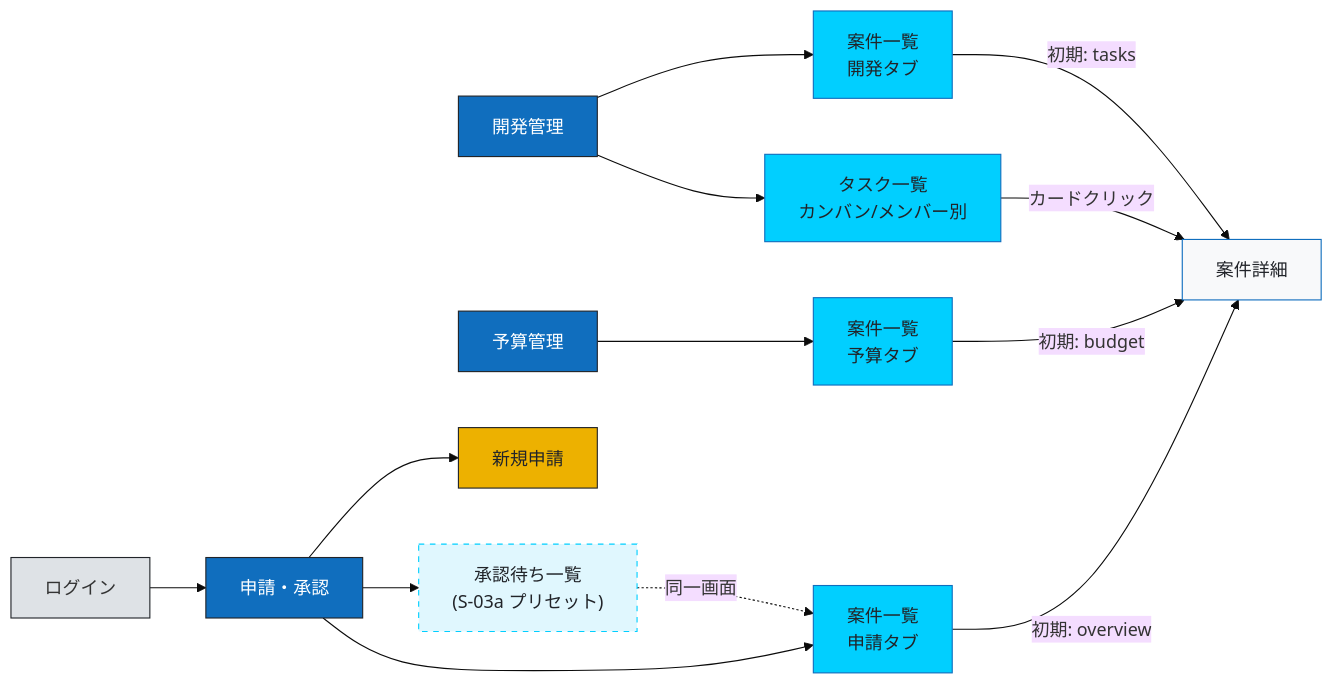
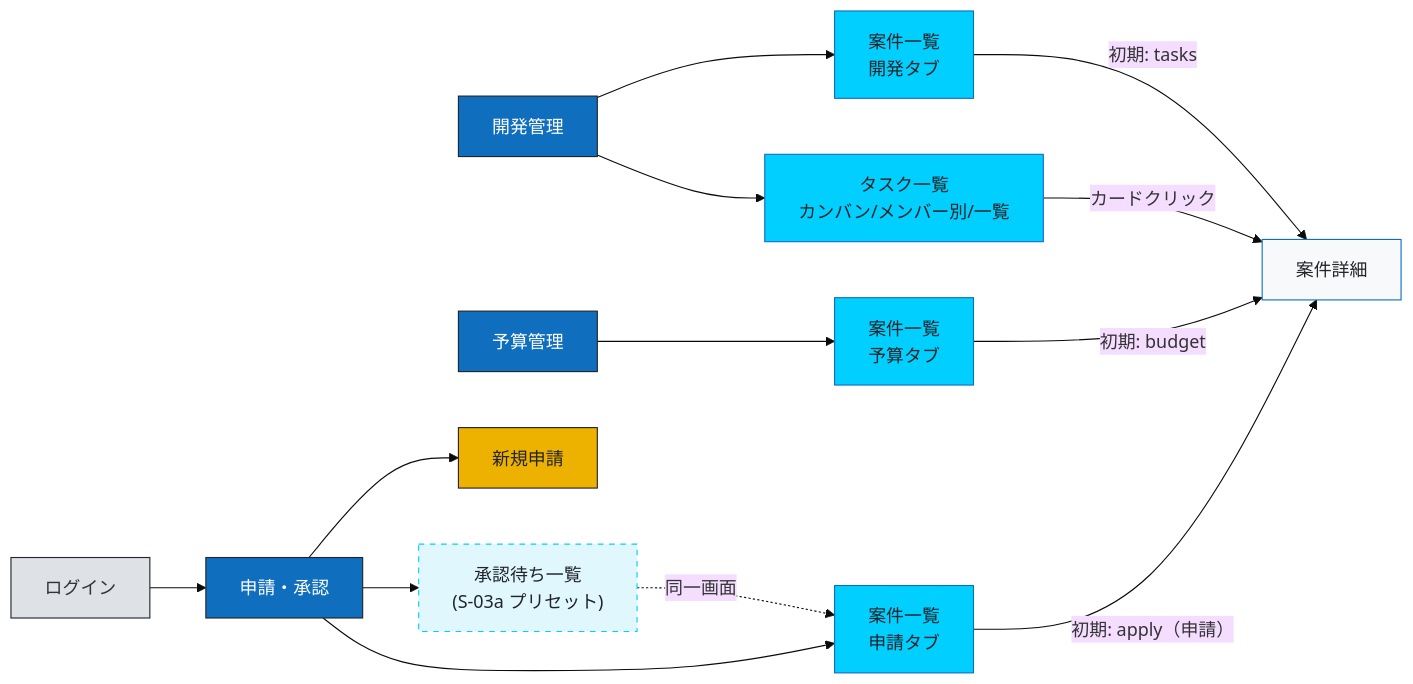
The first of 3 diagrams in doc/Design/screen_flow.md (toutetu/ProjNexus), drawn with Mermaid (base theme) before and after one commit. The commit also changed other lines of this file and 19 other files, not shown here.

````diff
--- a/doc/Design/screen_flow.md
+++ b/doc/Design/screen_flow.md
@@ -141,34 +146,34 @@
 ```mermaid
 flowchart LR
   S01[ログイン]:::auth
   NAV1[申請・承認]:::sec
   NAV2[開発管理]:::sec
   NAV3[予算管理]:::sec
   S03A[案件一覧<br/>申請タブ]:::hub
   S03B[案件一覧<br/>開発タブ]:::hub
   S03C[案件一覧<br/>予算タブ]:::hub
-  S14[タスク一覧<br/>カンバン/メンバー別]:::hub
+  S14[タスク一覧<br/>カンバン/メンバー別/一覧]:::hub
   S07["承認待ち一覧<br/>(S-03a プリセット)"]:::preset
   S05[新規申請]:::form
   S04[案件詳細]:::detail
 
   S01 --> NAV1
   NAV1 --> S05
   NAV1 --> S07
   NAV1 --> S03A
   NAV2 --> S03B
   NAV2 --> S14
   NAV3 --> S03C
   S07 -.同一画面.-> S03A
-  S03A -->|"初期: overview"| S04
+  S03A -->|"初期: apply（申請）"| S04
   S03B -->|"初期: tasks"| S04
   S03C -->|"初期: budget"| S04
   S14 -->|"カードクリック"| S04
 
   classDef auth fill:#DEE2E6,stroke:#212429
   classDef sec fill:#106EBE,stroke:#212429,color:#FFFFFF
   classDef hub fill:#01CFFF,stroke:#106EBE,color:#212429
   classDef preset fill:#E0F7FE,stroke:#01CFFF,color:#212429,stroke-dasharray: 5 5
   classDef form fill:#EDB100,stroke:#212429,color:#212429
   classDef detail fill:#F8F9FA,stroke:#106EBE,color:#212429
 ```
````
